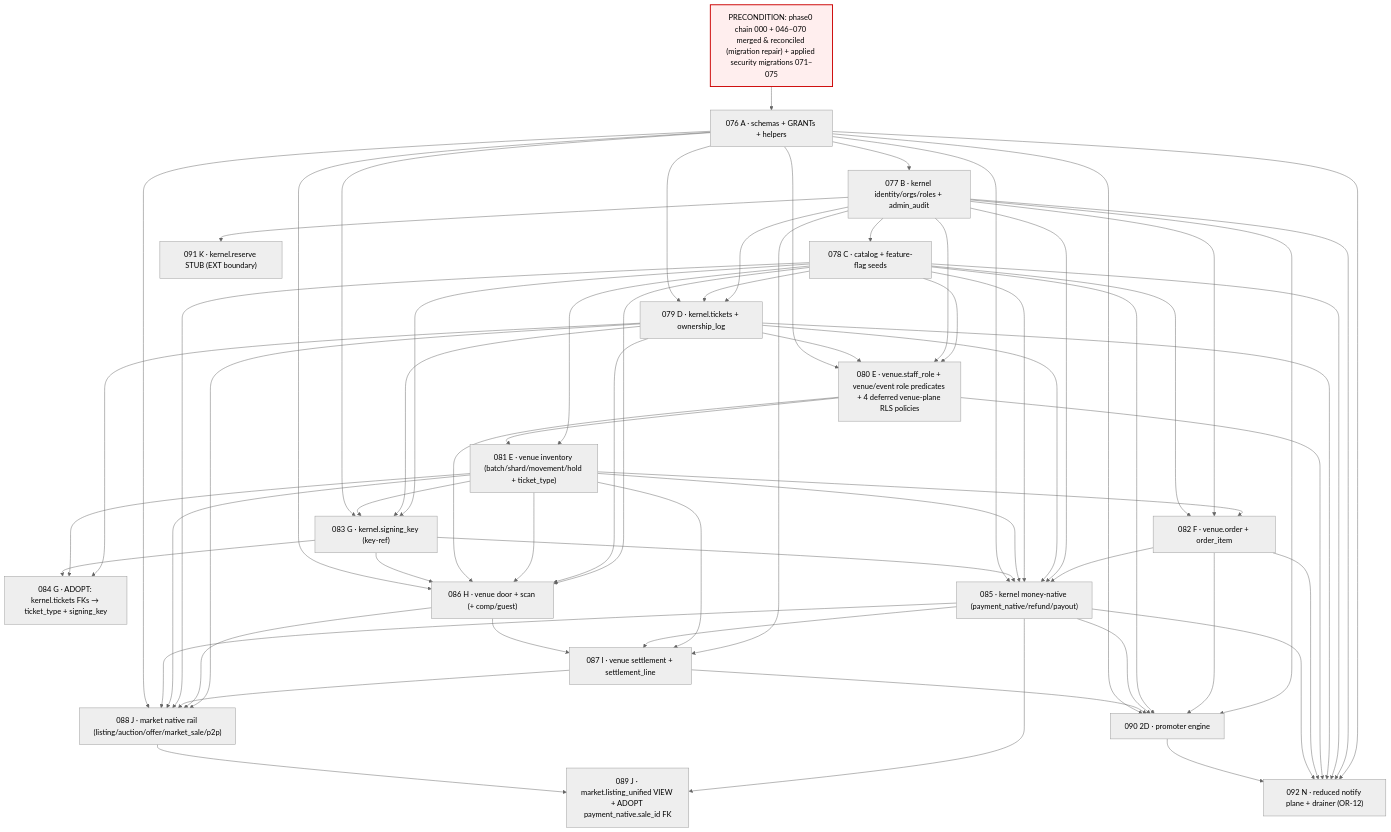
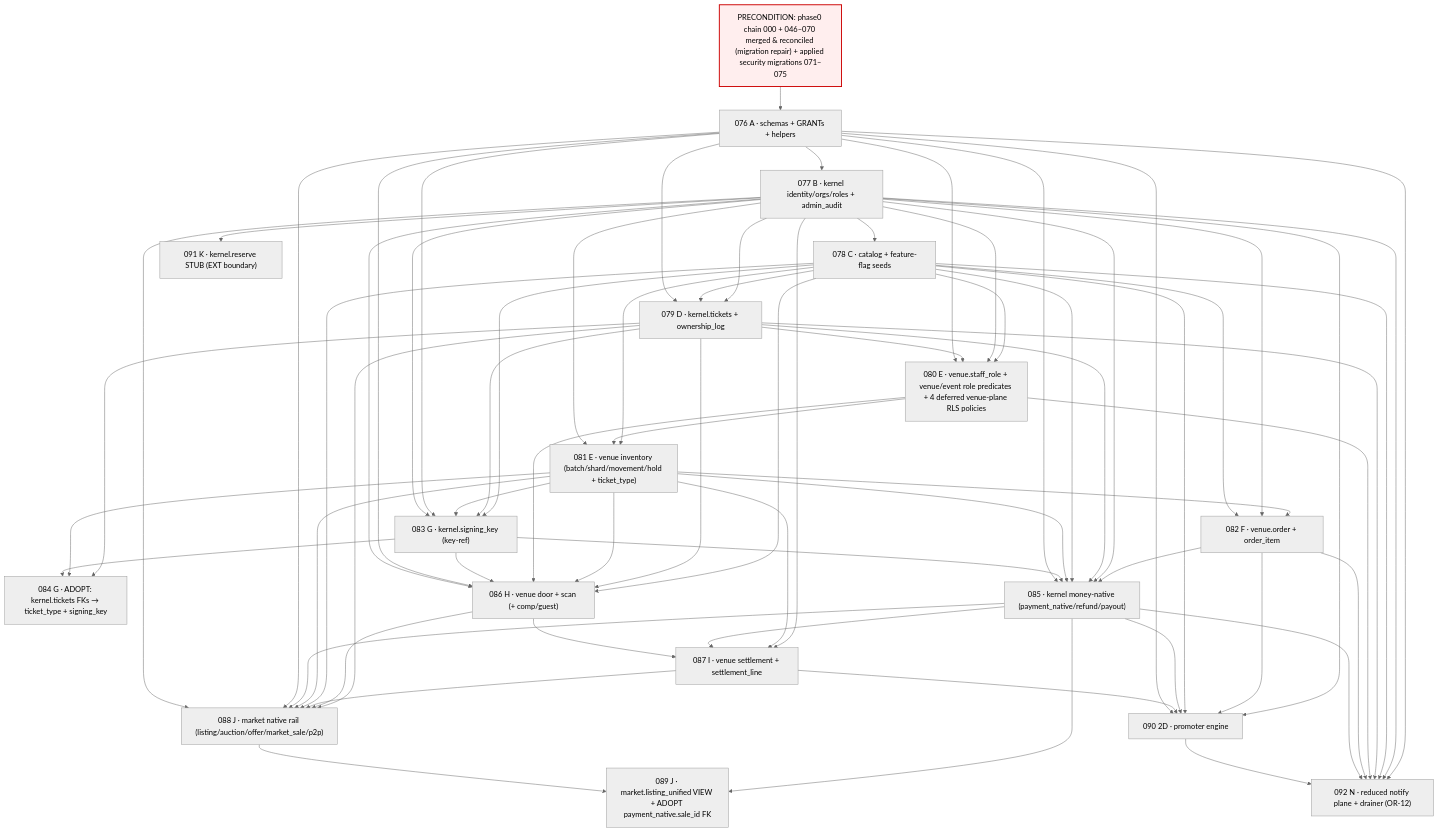
The diagram in docs/architecture/PHASE_2_SUPABASE_MIGRATION_PLAN.md (SnatchIt-app/snatchit), drawn with Mermaid (neutral theme) before and after one commit. The commit also changed other lines of this file and 13 other files, not shown here.

````diff
--- a/docs/architecture/PHASE_2_SUPABASE_MIGRATION_PLAN.md
+++ b/docs/architecture/PHASE_2_SUPABASE_MIGRATION_PLAN.md
@@ -386,5 +396,9 @@
     M085 --> N092
     D090 --> N092
     B077 --> K091
+    B077 --> E081
+    B077 --> G083
+    B077 --> H086
+    B077 --> J088
     classDef pre fill:#fee,stroke:#c00,stroke-width:2px;
 ```
````
